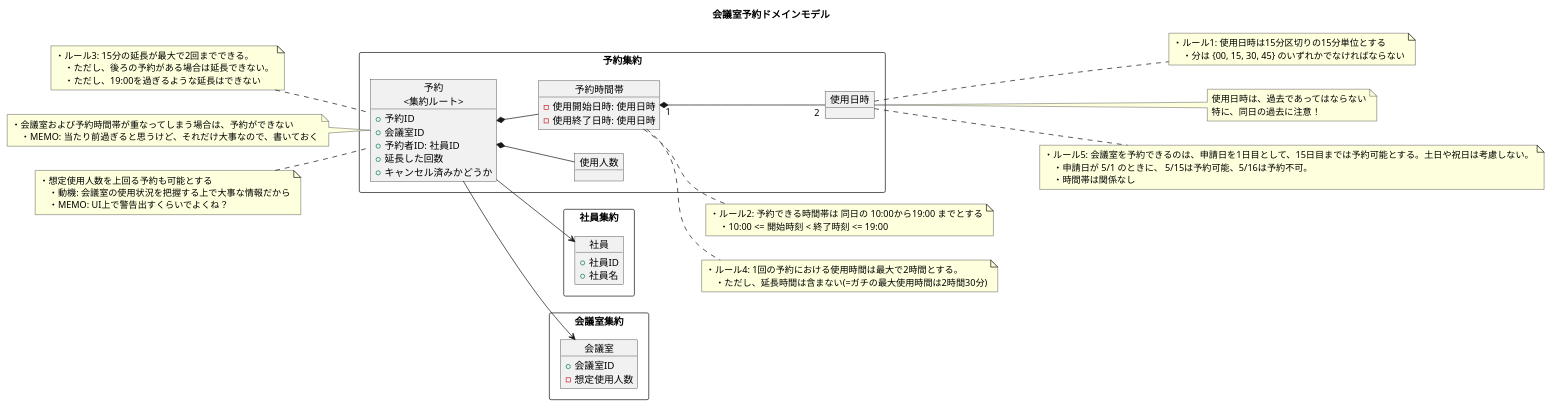
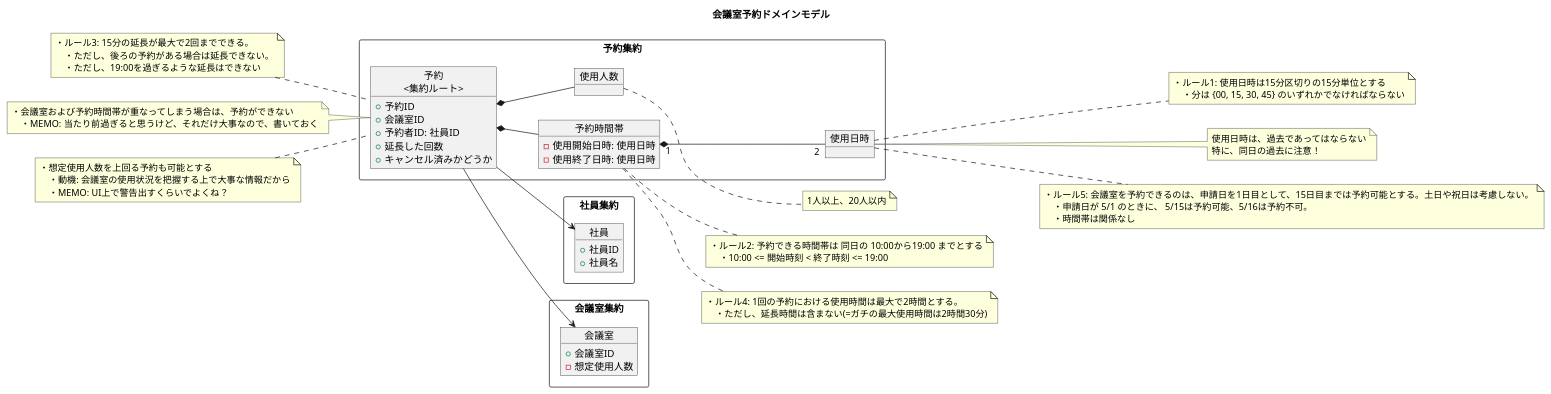
One commit to ModelingKai/meeting-room-python changed the diagram in diagram/ドメインモデル.puml. Above: the diagram before and after it, drawn with PlantUML.

Commit message:
使用人数の範囲ルールがあることを発見したので、ドメインモデルを更新した

```diff
--- a/diagram/ドメインモデル.puml
+++ b/diagram/ドメインモデル.puml
@@ -1,99 +1,103 @@
 @startuml
 
 title 会議室予約ドメインモデル
 
 left to right direction
 
 rectangle 社員集約 {
     object 社員 {
         + 社員ID
         + 社員名
     }
 }
 
 rectangle 予約集約 {
     object "予約\n<集約ルート>" as c1 {
         + 予約ID
         + 会議室ID
         + 予約者ID: 社員ID
         + 延長した回数
         + キャンセル済みかどうか
     }
 
     object 使用人数 {
     }
 
     object 予約時間帯 {
         - 使用開始日時: 使用日時
         - 使用終了日時: 使用日時
     }
 
 
     object 使用日時 {
     }
 }
 
 
 rectangle 会議室集約 {
     object 会議室 {
         + 会議室ID
         - 想定使用人数
     }
 }
 
 
 c1 --> 会議室
 c1 --> 社員
 c1 *-- 使用人数
 c1 *-- 予約時間帯
 予約時間帯 "1" *-- "2" 使用日時
 
 ' ===== 予約 =====
 note left of c1
 ・ルール3: 15分の延長が最大で2回までできる。
     ・ただし、後ろの予約がある場合は延長できない。
     ・ただし、19:00を過ぎるような延長はできない
 end note
 
 note left of c1
 ・会議室および予約時間帯が重なってしまう場合は、予約ができない
     ・MEMO: 当たり前過ぎると思うけど、それだけ大事なので、書いておく
 end note
 
 note left of c1
 ・想定使用人数を上回る予約も可能とする
     ・動機: 会議室の使用状況を把握する上で大事な情報だから
     ・MEMO: UI上で警告出すくらいでよくね？
 end note
 
 ' ===== 予約時間帯 =====
 note right of 予約時間帯
 ・ルール2: 予約できる時間帯は 同日の 10:00から19:00 までとする
     ・10:00 <= 開始時刻 < 終了時刻 <= 19:00
 end note
 
 
 note right of 予約時間帯
 ・ルール4: 1回の予約における使用時間は最大で2時間とする。
     ・ただし、延長時間は含まない(=ガチの最大使用時間は2時間30分)
 end note
 
 
 ' ===== 使用日時 =====
 note right of 使用日時
 ・ルール1: 使用日時は15分区切りの15分単位とする
     ・分は {00, 15, 30, 45} のいずれかでなければならない
 end note
 
 note right of 使用日時
 使用日時は、過去であってはならない
 特に、同日の過去に注意！
 end note
 
 note right of 使用日時
 ・ルール5: 会議室を予約できるのは、申請日を1日目として、15日目までは予約可能とする。土日や祝日は考慮しない。
     ・申請日が 5/1 のときに、 5/15は予約可能、5/16は予約不可。
     ・時間帯は関係なし
 end note
 
+note right of 使用人数
+1人以上、20人以内
+end note
+
 @enduml
```
